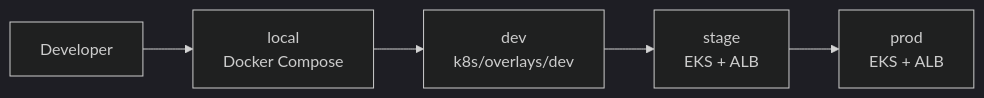
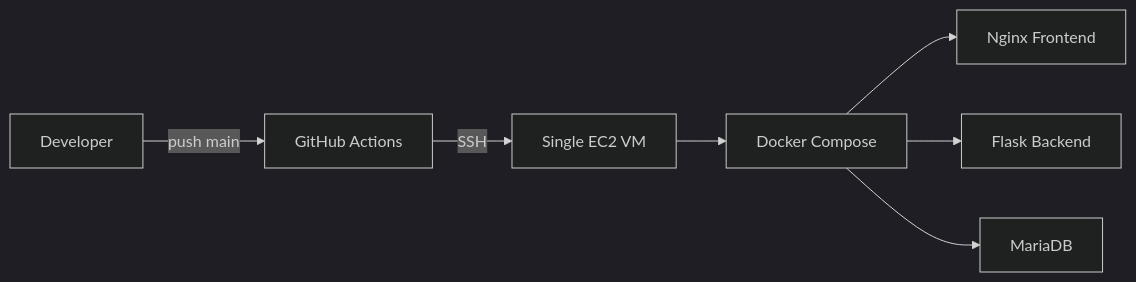
Before and after one commit to zhanggu9/stock-coin-trade: the first of 5 diagrams in README.md, drawn with Mermaid (dark theme). The commit also changed other lines of this file and 53 other files, not shown here.

````diff
--- a/README.md
+++ b/README.md
@@ -418,13 +335,9 @@
 ```mermaid
 flowchart LR
-    DEV[Developer]
-    LOCAL[local<br/>Docker Compose]
-    DEVK8S[dev<br/>k8s/overlays/dev]
-    STAGE[stage<br/>EKS + ALB]
-    PROD[prod<br/>EKS + ALB]
-
-    DEV --> LOCAL
-    LOCAL --> DEVK8S
-    DEVK8S --> STAGE
-    STAGE --> PROD
+    DEV[Developer] -->|push main| GH[GitHub Actions]
+    GH -->|SSH| EC2[Single EC2 VM]
+    EC2 --> DC[Docker Compose]
+    DC --> FE[Nginx Frontend]
+    DC --> BE[Flask Backend]
+    DC --> DB[MariaDB]
 ```
````
